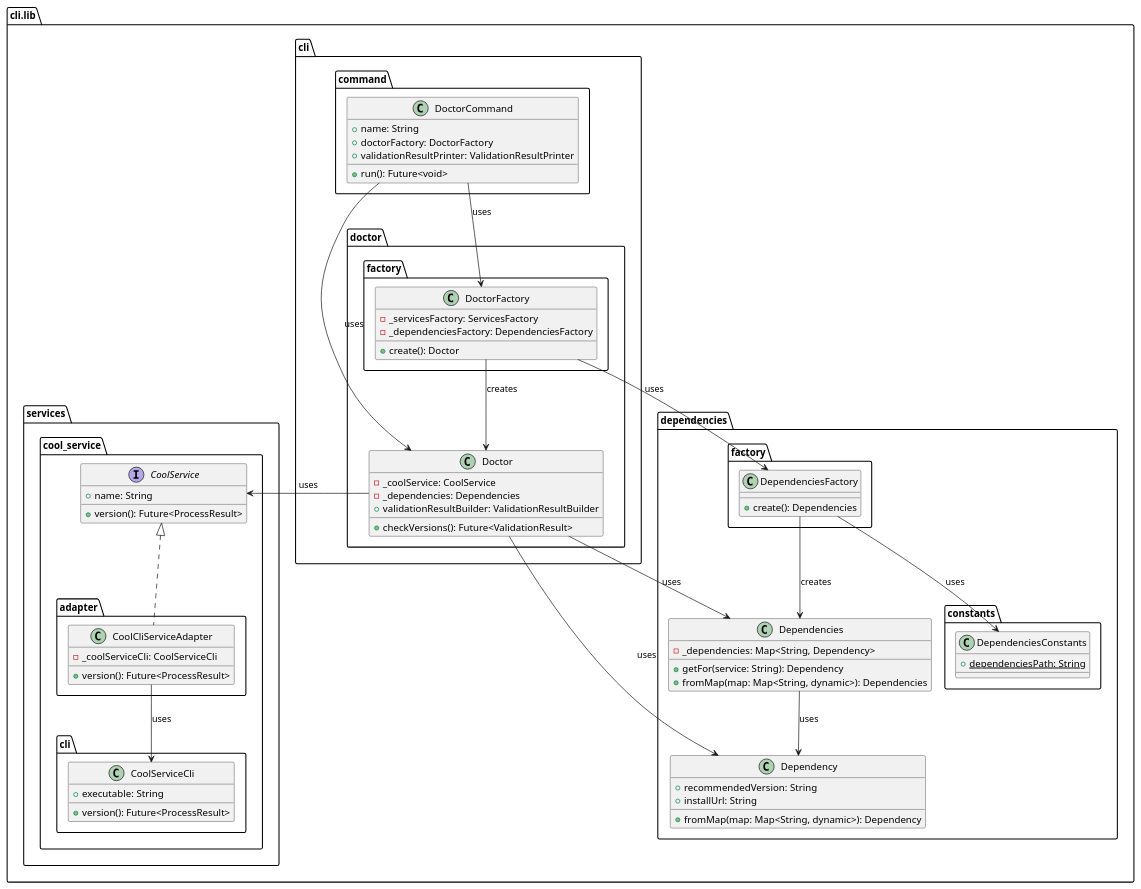
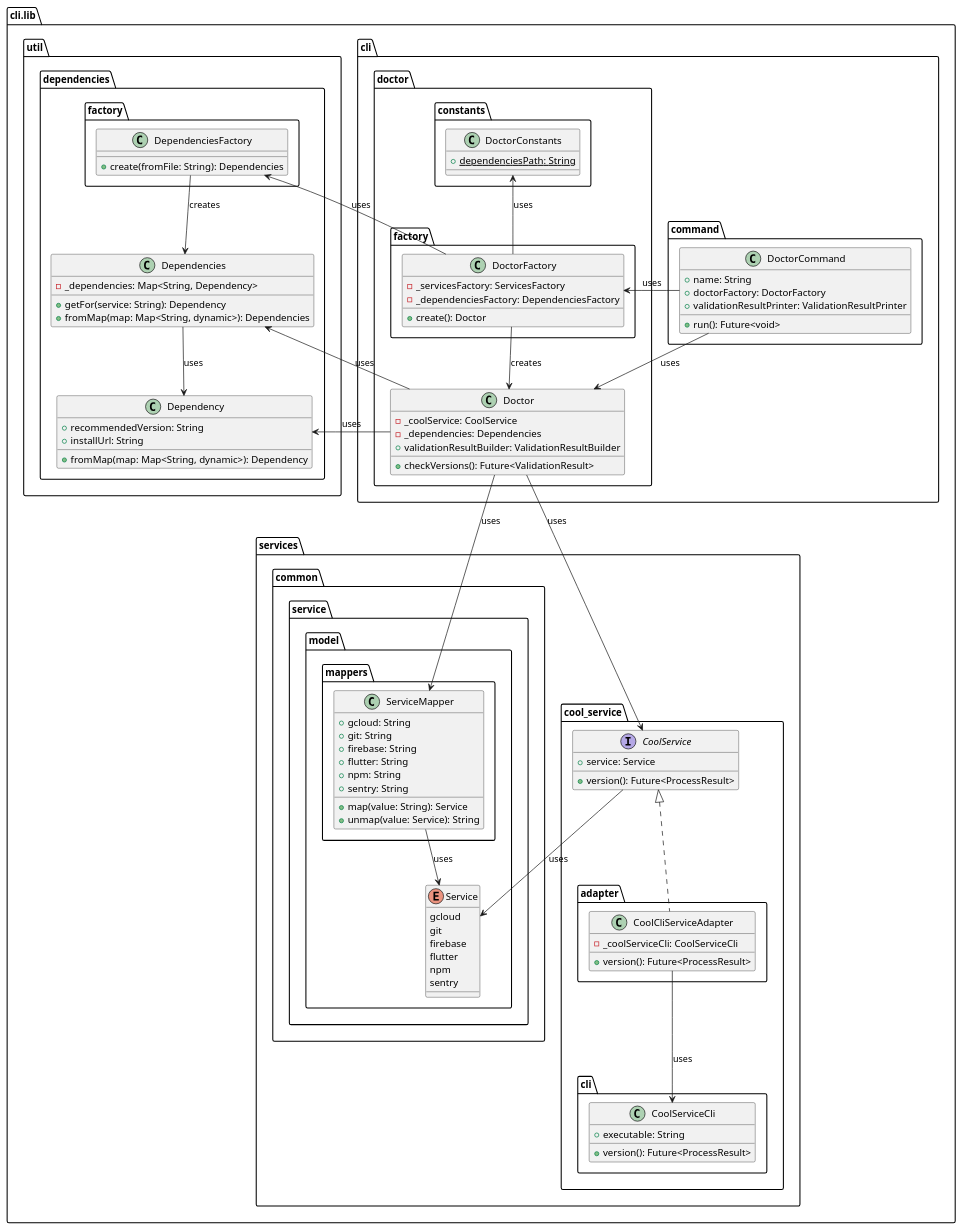
One commit to Flank/flank-dashboard changed the diagram in metrics/cli/docs/features/doctor_output_improvements/diagrams/metrics_cli_class_diagram.puml. Above: the diagram before and after it, drawn with PlantUML.

Commit message:
Update metrics cli class diagram

```diff
--- a/metrics/cli/docs/features/doctor_output_improvements/diagrams/metrics_cli_class_diagram.puml
+++ b/metrics/cli/docs/features/doctor_output_improvements/diagrams/metrics_cli_class_diagram.puml
@@ -1,107 +1,137 @@
 @startuml doctor_output_improvements_class_diagram
 
 package cli.lib as cli_lib {
     package cli {
         package command {
             class DoctorCommand {
                 + name: String
                 + doctorFactory: DoctorFactory
                 + validationResultPrinter: ValidationResultPrinter
 
                 + run(): Future<void>
             }
         }
 
         package doctor {
             class Doctor {
                 - _coolService: CoolService
                 - _dependencies: Dependencies
                 + validationResultBuilder: ValidationResultBuilder
 
                 + checkVersions(): Future<ValidationResult>
             }
 
             package factory as doctor_factory {
                 class DoctorFactory {
                     - _servicesFactory: ServicesFactory
                     - _dependenciesFactory: DependenciesFactory
 
                     + create(): Doctor
                 }
             }
+            
+            package constants {
+                class DoctorConstants {
+                    + {static} dependenciesPath: String
+                }
+            }
         }
     }
 
     package services {
+        package common.service.model {
+            enum Service {
+                gcloud
+                git
+                firebase
+                flutter
+                npm
+                sentry
+            }
+
+            package mappers {
+                class ServiceMapper {
+                    + gcloud: String
+                    + git: String
+                    + firebase: String
+                    + flutter: String
+                    + npm: String
+                    + sentry: String
+
+                    + map(value: String): Service
+                    + unmap(value: Service): String
+                }
+            }
+        }
+
         package cool_service {
             package adapter {
                 class CoolCliServiceAdapter {
                     - _coolServiceCli: CoolServiceCli
 
                     + version(): Future<ProcessResult>
                 }
             }
 
             package cli as cool_service_cli {
                 class CoolServiceCli {
                     + executable: String
 
                     + version(): Future<ProcessResult>
                 }
             }
 
             interface CoolService {
-                + name: String
+                + service: Service
                 + version(): Future<ProcessResult>
             }
         }
     }
 
-    package dependencies {
+    package util.dependencies {
         package factory as dependencies_factory {
             class DependenciesFactory {
-                + create(): Dependencies
-            }
-        }
-
-        package constants {
-            class DependenciesConstants {
-                + {static} dependenciesPath: String
+                + create(fromFile: String): Dependencies
             }
         }
 
         class Dependency {
             + recommendedVersion: String
             + installUrl: String
 
             + fromMap(map: Map<String, dynamic>): Dependency
         }
 
         class Dependencies {
             - _dependencies: Map<String, Dependency>
 
             + getFor(service: String): Dependency
             + fromMap(map: Map<String, dynamic>): Dependencies
         }
     }
 }
 
 DoctorCommand --> Doctor : uses
-DoctorCommand --> DoctorFactory : uses
+DoctorCommand -left-> DoctorFactory : uses
 
 DoctorFactory --> Doctor : creates
-DoctorFactory --> DependenciesFactory : uses
+DoctorFactory -up-> DependenciesFactory : uses
+DoctorFactory -up-> DoctorConstants : uses
 
-Doctor -left-> CoolService : uses
-Doctor --> Dependencies : uses
-Doctor --> Dependency : uses
+Doctor --> CoolService : uses
+Doctor -right-> Dependencies : uses
+Doctor -right-> Dependency : uses
+Doctor --> ServiceMapper : uses
 
 CoolCliServiceAdapter .up.|> CoolService
 CoolCliServiceAdapter -down-> CoolServiceCli : uses
 
+CoolService --> Service : uses
+
 DependenciesFactory --> Dependencies : creates
-DependenciesFactory --> DependenciesConstants : uses
 
 Dependencies --> Dependency : uses
 
+ServiceMapper --> Service : uses
+
 @enduml
```
